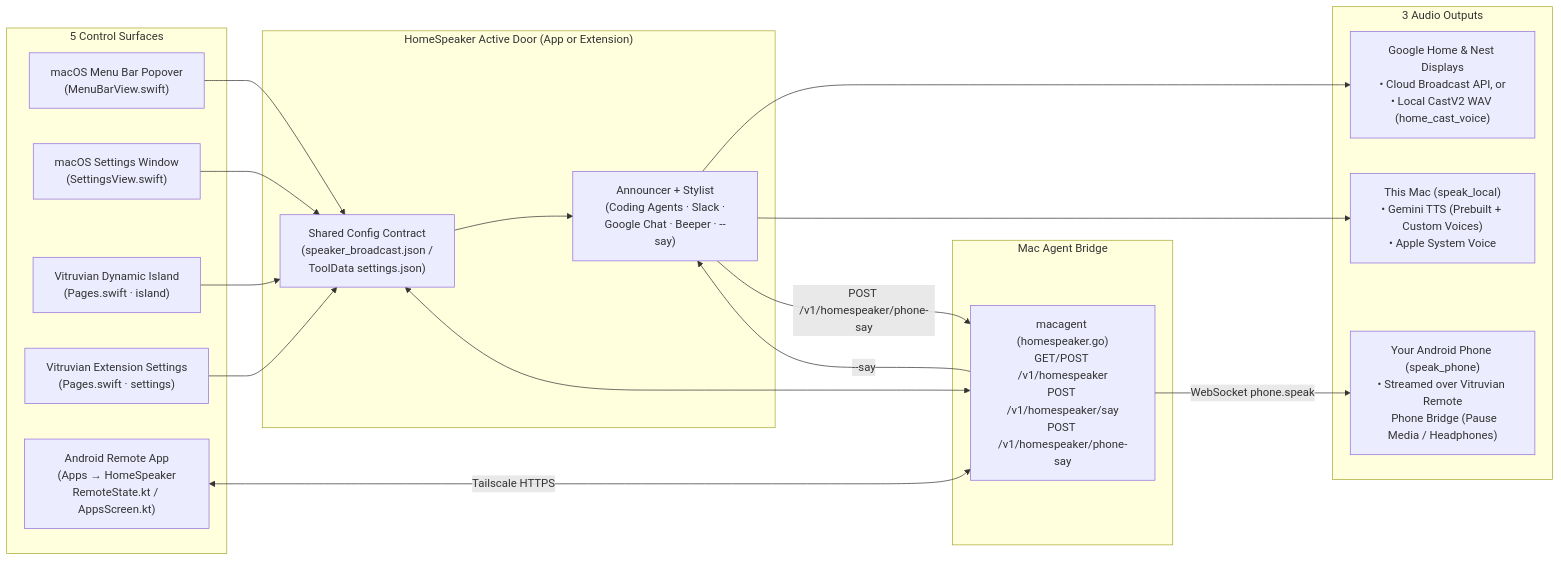
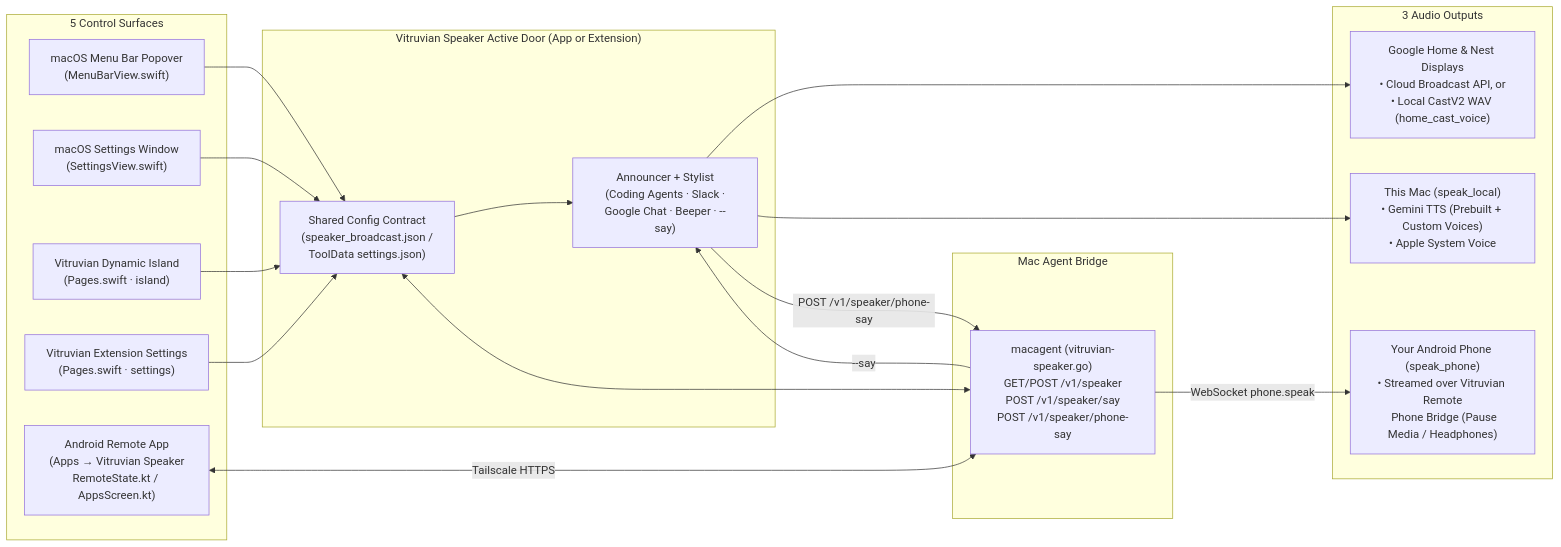
One commit to VitruvianSoftware/home-speaker changed the first of 2 diagrams in README.md. Above: the diagram before and after it, drawn with Mermaid. The commit also changed other lines of this file and 260 other files, not shown here.

````diff
--- a/README.md
+++ b/README.md
@@ -29,34 +29,34 @@
 ```mermaid
 flowchart LR
     subgraph Surfaces["5 Control Surfaces"]
         S1["macOS Menu Bar Popover\n(MenuBarView.swift)"]
         S2["macOS Settings Window\n(SettingsView.swift)"]
         S3["Vitruvian Dynamic Island\n(Pages.swift · island)"]
         S4["Vitruvian Extension Settings\n(Pages.swift · settings)"]
-        S5["Android Remote App\n(Apps → HomeSpeaker\nRemoteState.kt / AppsScreen.kt)"]
+        S5["Android Remote App\n(Apps → Vitruvian Speaker\nRemoteState.kt / AppsScreen.kt)"]
     end
 
     subgraph Agent["Mac Agent Bridge"]
-        MA["macagent (homespeaker.go)\nGET/POST /v1/homespeaker\nPOST /v1/homespeaker/say\nPOST /v1/homespeaker/phone-say"]
+        MA["macagent (vitruvian-speaker.go)\nGET/POST /v1/speaker\nPOST /v1/speaker/say\nPOST /v1/speaker/phone-say"]
     end
 
-    subgraph Core["HomeSpeaker Active Door (App or Extension)"]
+    subgraph Core["Vitruvian Speaker Active Door (App or Extension)"]
         CFG["Shared Config Contract\n(speaker_broadcast.json /\nToolData settings.json)"]
         ENG["Announcer + Stylist\n(Coding Agents · Slack ·\nGoogle Chat · Beeper · --say)"]
     end
 
     subgraph Outputs["3 Audio Outputs"]
         O1["Google Home & Nest Displays\n• Cloud Broadcast API, or\n• Local CastV2 WAV (home_cast_voice)"]
         O2["This Mac (speak_local)\n• Gemini TTS (Prebuilt + Custom Voices)\n• Apple System Voice"]
         O3["Your Android Phone (speak_phone)\n• Streamed over Vitruvian Remote\n  Phone Bridge (Pause Media / Headphones)"]
     end
 
     S1 & S2 & S3 & S4 --> CFG
     S5 <-->|"Tailscale HTTPS"| MA
     MA <--> CFG
     MA -->|"--say"| ENG
     CFG --> ENG
     ENG --> O1
     ENG --> O2
-    ENG -->|"POST /v1/homespeaker/phone-say"| MA -->|"WebSocket phone.speak"| O3
+    ENG -->|"POST /v1/speaker/phone-say"| MA -->|"WebSocket phone.speak"| O3
 ```
````
